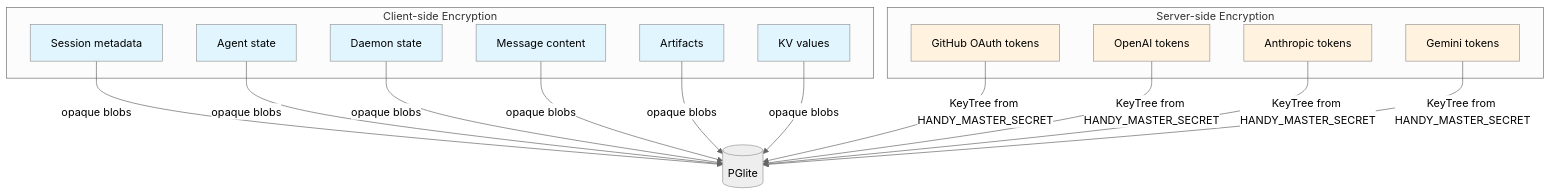
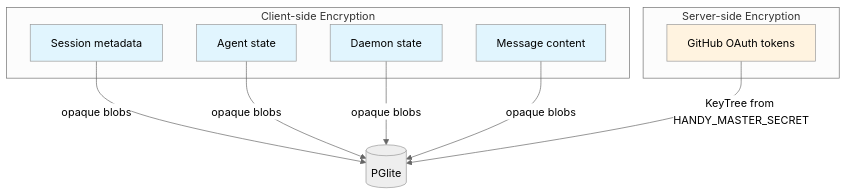
Before and after one commit to Evyatar108/happy: the ninth of 9 diagrams in docs/backend-architecture.md, drawn with Mermaid (neutral theme). The commit also changed other lines of this file and 19 other files, not shown here.

````diff
--- a/docs/backend-architecture.md
+++ b/docs/backend-architecture.md
@@ -437,32 +383,22 @@
 ```mermaid
 graph TB
     subgraph "Client-side Encryption"
         C1[Session metadata]
         C2[Agent state]
         C3[Daemon state]
         C4[Message content]
-        C5[Artifacts]
-        C6[KV values]
     end
 
     subgraph "Server-side Encryption"
         S1[GitHub OAuth tokens]
-        S2[OpenAI tokens]
-        S3[Anthropic tokens]
-        S4[Gemini tokens]
     end
 
-    C1 & C2 & C3 & C4 & C5 & C6 --> |opaque blobs| DB[(PGlite)]
-    S1 & S2 & S3 & S4 --> |KeyTree from HANDY_MASTER_SECRET| DB
+    C1 & C2 & C3 & C4 --> |opaque blobs| DB[(PGlite)]
+    S1 --> |KeyTree from HANDY_MASTER_SECRET| DB
 
     style C1 fill:#e1f5fe
     style C2 fill:#e1f5fe
     style C3 fill:#e1f5fe
     style C4 fill:#e1f5fe
-    style C5 fill:#e1f5fe
-    style C6 fill:#e1f5fe
     style S1 fill:#fff3e0
-    style S2 fill:#fff3e0
-    style S3 fill:#fff3e0
-    style S4 fill:#fff3e0
 ```
````
